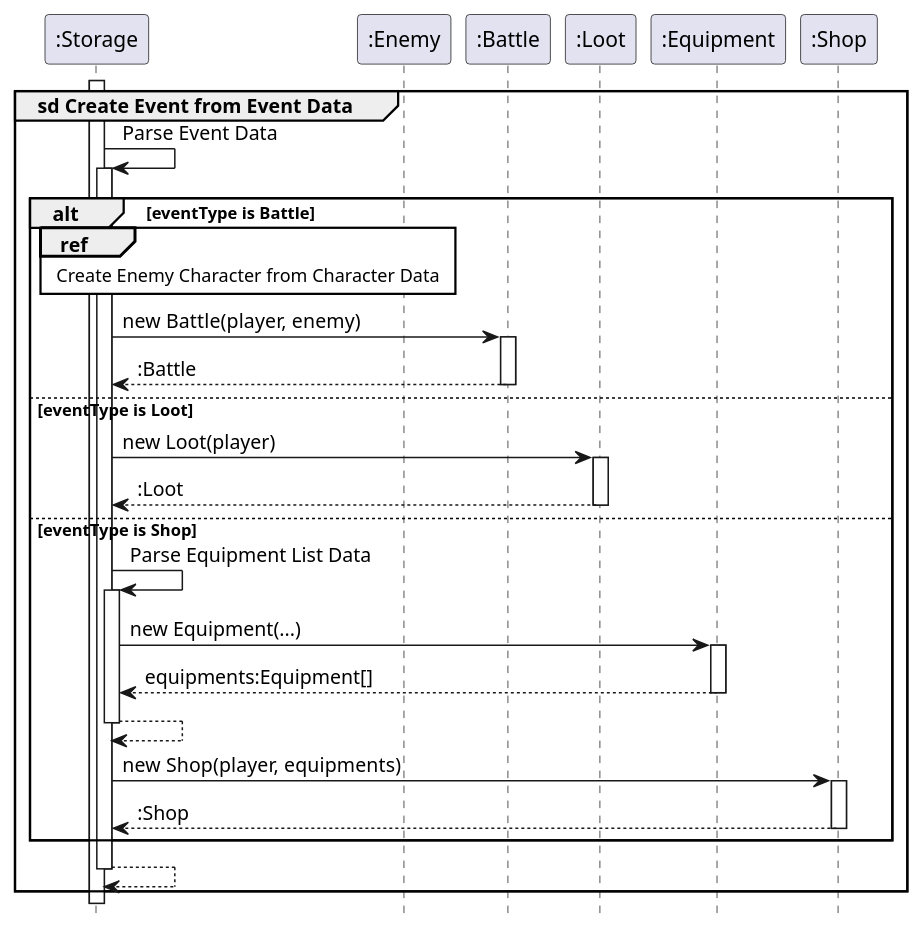
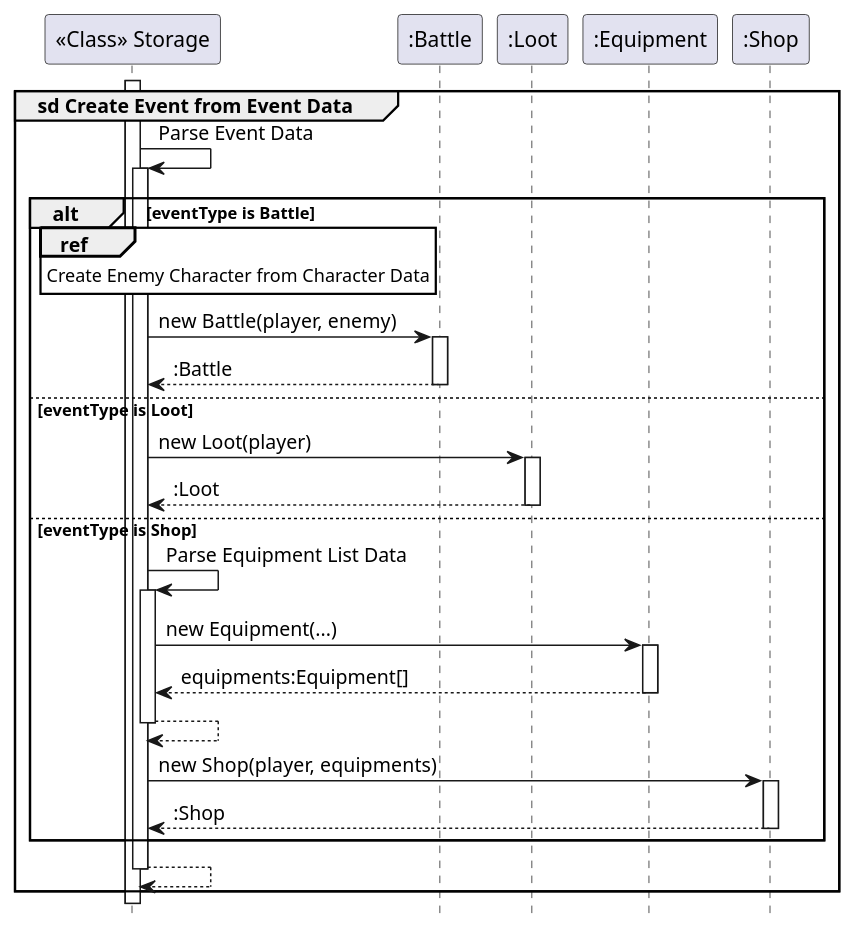
The third of 4 diagrams in docs/uml/loadSequence.puml (TiangSoonYong/tp), drawn with PlantUML before and after one commit. The commit also changed other lines of this file and 3 other files, not shown here.

Commit message:
Add Class diagram for Storage Class and Sequence Diagram for Save Sequence

```diff
--- a/docs/uml/loadSequence.puml
+++ b/docs/uml/loadSequence.puml
@@ -78,46 +74,46 @@
 @startuml
 hide footbox
 skinparam sequenceReferenceBackgroundColor #FFFFFF
 
-participant ":Storage" as Storage
-participant ":Enemy" as Enemy
+participant "<<Class>> Storage" as Storage
+
 participant ":Battle" as Battle
 participant ":Loot" as Loot
 participant ":Equipment" as Equipment
 participant ":Shop" as Shop
 
 activate Storage
 group sd Create Event from Event Data
     Storage -> Storage: Parse Event Data
     activate Storage
-    alt eventType is Battle
-        ref over Storage, Enemy
-            Create Enemy Character from Character Data
-        end ref
-        Storage -> Battle: new Battle(player, enemy)
-        activate Battle
-        Battle --> Storage: :Battle
-        deactivate Battle
-    else eventType is Loot
-        Storage -> Loot: new Loot(player)
-        activate Loot
-        Loot --> Storage: :Loot
-        deactivate Loot
-    else eventType is Shop
-        Storage -> Storage: Parse Equipment List Data
-        activate Storage
-            Storage -> Equipment: new Equipment(...)
-            activate Equipment
-            Equipment --> Storage: equipments:Equipment[]
-            deactivate Equipment
-            Storage --> Storage:
-        deactivate Storage
-        Storage -> Shop: new Shop(player, equipments)
-        activate Shop
-        Shop --> Storage: :Shop
-        deactivate Shop
-    end alt
+        alt eventType is Battle
+            ref over Storage
+                Create Enemy Character from Character Data
+            end ref
+            Storage -> Battle: new Battle(player, enemy)
+            activate Battle
+            Battle --> Storage: :Battle
+            deactivate Battle
+        else eventType is Loot
+            Storage -> Loot: new Loot(player)
+            activate Loot
+            Loot --> Storage: :Loot
+            deactivate Loot
+        else eventType is Shop
+            Storage -> Storage: Parse Equipment List Data
+            activate Storage
+                Storage -> Equipment: new Equipment(...)
+                activate Equipment
+                Equipment --> Storage: equipments:Equipment[]
+                deactivate Equipment
+                Storage --> Storage:
+                deactivate Storage
+            Storage -> Shop: new Shop(player, equipments)
+            activate Shop
+            Shop --> Storage: :Shop
+            deactivate Shop
+        end alt
     Storage --> Storage:
     deactivate Storage
 end group
 @enduml
```
